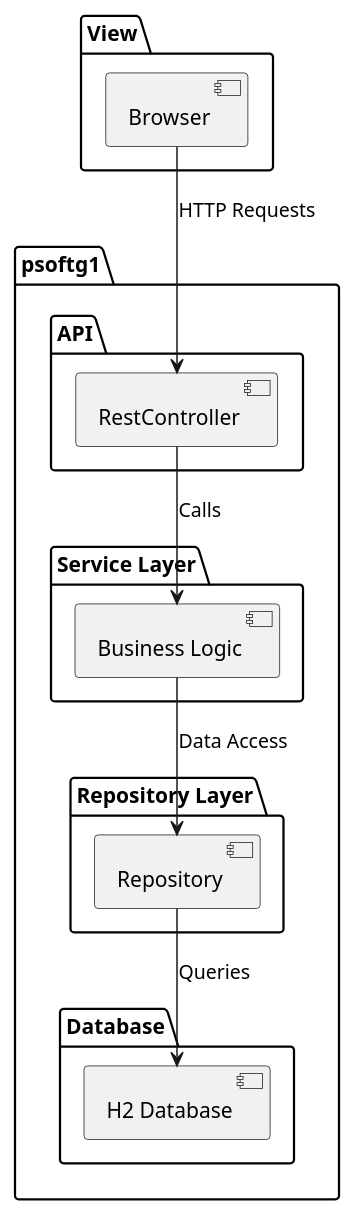
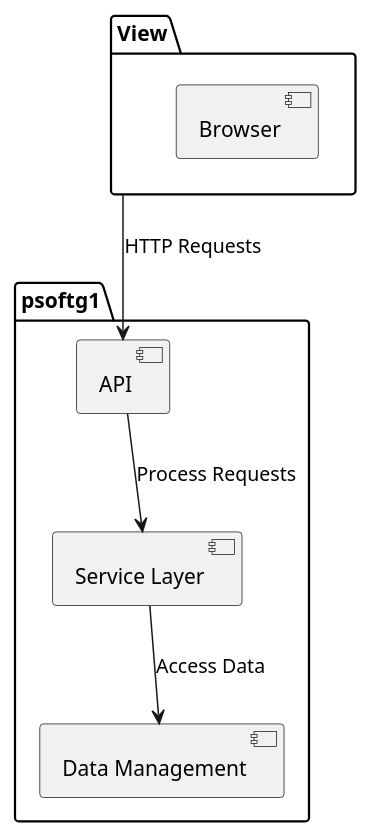
Before and after one commit to GuilhermeCunha79/LMS_MicroserviceArchitecture: the diagram in psoft-project-2024-g1/Docs/Geral/LogicalDiagramN2.puml, drawn with PlantUML.

Commit message:
Update Logical Diagram N2

```diff
--- a/psoft-project-2024-g1/Docs/Geral/LogicalDiagramN2.puml
+++ b/psoft-project-2024-g1/Docs/Geral/LogicalDiagramN2.puml
@@ -1,31 +1,17 @@
 @startuml
+
 package View {
   [Browser]
 }
 
 package psoftg1 {
-
-  package "API" {
-    [RestController]
-  }
-
-  package "Service Layer" {
-    [Business Logic]
-  }
-
-  package "Repository Layer" {
-    [Repository]
-  }
-
-  package "Database" {
-    [H2 Database]
-  }
-
-  [RestController] --> [Business Logic] : Calls
-  [Business Logic] --> [Repository] : Data Access
-  [Repository] --> [H2 Database] : Queries
-
+  [API]
+  [Service Layer]
+  [Data Management]
 }
 
-[Browser] --> [RestController] : HTTP Requests
+View --> [API] : HTTP Requests
+[API] --> [Service Layer] : Process Requests
+[Service Layer] --> [Data Management] : Access Data
+
 @enduml
```
